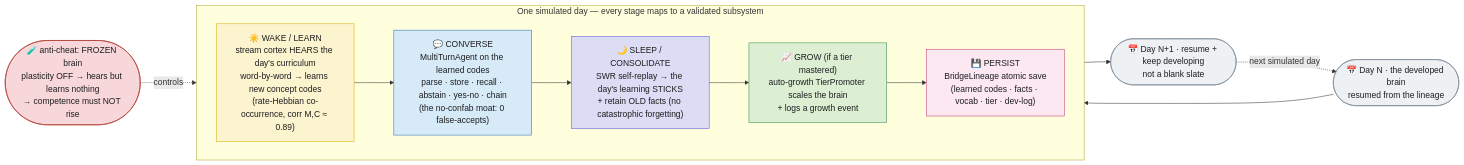
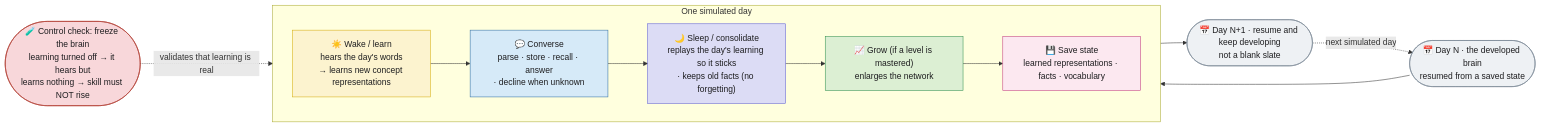
The fourth of 4 diagrams in docs/diagrams/brain_architecture_current.md (danthi123/neural-simulator), drawn with Mermaid before and after one commit. The commit also changed other lines of this file and 3 other files, not shown here.

First line of the commit message:
docs: refresh README + USER_GUIDE + architecture flowcharts to current state, plain language, no internal jargon

````diff
--- a/docs/diagrams/brain_architecture_current.md
+++ b/docs/diagrams/brain_architecture_current.md
@@ -317,31 +234,31 @@
 ```mermaid
 flowchart LR
-    PREV([📅 Day N · the developed brain<br/>resumed from the lineage]):::day
+    PREV([📅 Day N · the developed brain<br/>resumed from a saved state]):::day
 
-    subgraph DAY["One simulated day — every stage maps to a validated subsystem"]
+    subgraph DAY["One simulated day"]
       direction LR
-      WAKE["☀️ WAKE / LEARN<br/>stream cortex HEARS the day's curriculum<br/>word-by-word → learns new concept codes<br/>(rate-Hebbian co-occurrence, corr M,C ≈ 0.89)"]:::wake
-      CONV["💬 CONVERSE<br/>MultiTurnAgent on the learned codes<br/>parse · store · recall · abstain · yes-no · chain<br/>(the no-confab moat: 0 false-accepts)"]:::conv
-      SLEEP["🌙 SLEEP / CONSOLIDATE<br/>SWR self-replay → the day's learning STICKS<br/>+ retain OLD facts (no catastrophic forgetting)"]:::sleep
-      GROW["📈 GROW (if a tier mastered)<br/>auto-growth TierPromoter scales the brain<br/>+ logs a growth event"]:::grow
-      PERSIST["💾 PERSIST<br/>BridgeLineage atomic save<br/>(learned codes · facts · vocab · tier · dev-log)"]:::persist
+      WAKE["☀️ Wake / learn<br/>hears the day's words<br/>→ learns new concept representations"]:::wake
+      CONV["💬 Converse<br/>parse · store · recall · answer<br/>· decline when unknown"]:::conv
+      SLEEP["🌙 Sleep / consolidate<br/>replays the day's learning so it sticks<br/>· keeps old facts (no forgetting)"]:::sleep
+      GROW["📈 Grow (if a level is mastered)<br/>enlarges the network"]:::grow
+      PERSIST["💾 Save state<br/>learned representations · facts · vocabulary"]:::persist
       WAKE --> CONV --> SLEEP --> GROW --> PERSIST
     end
 
-    NEXT([📅 Day N+1 · resume + keep developing<br/>not a blank slate]):::day
+    NEXT([📅 Day N+1 · resume and keep developing<br/>not a blank slate]):::day
 
     PREV --> WAKE
     PERSIST --> NEXT
     NEXT -.->|next simulated day| PREV
 
-    FROZEN([🧪 anti-cheat: FROZEN brain<br/>plasticity OFF → hears but learns nothing<br/>→ competence must NOT rise]):::cheat
-    FROZEN -.->|controls| WAKE
+    CHECK([🧪 Control check: freeze the brain<br/>learning turned off → it hears but<br/>learns nothing → skill must NOT rise]):::cheat
+    CHECK -.->|validates that learning is real| WAKE
 
     classDef day fill:#eef1f4,stroke:#7a8794,color:#1d1d1f;
     classDef wake fill:#fcf3cf,stroke:#d4ac0d,color:#1d1d1f;
     classDef conv fill:#d6eaf8,stroke:#2e6da4,color:#1d1d1f;
     classDef sleep fill:#dcdcf5,stroke:#5b5bd6,color:#1d1d1f;
     classDef grow fill:#dcefd3,stroke:#2f8f4e,color:#1d1d1f;
     classDef persist fill:#fce8f0,stroke:#c0397b,color:#1d1d1f;
     classDef cheat fill:#f8d7da,stroke:#b03a2e,color:#1d1d1f;
 ```
````
